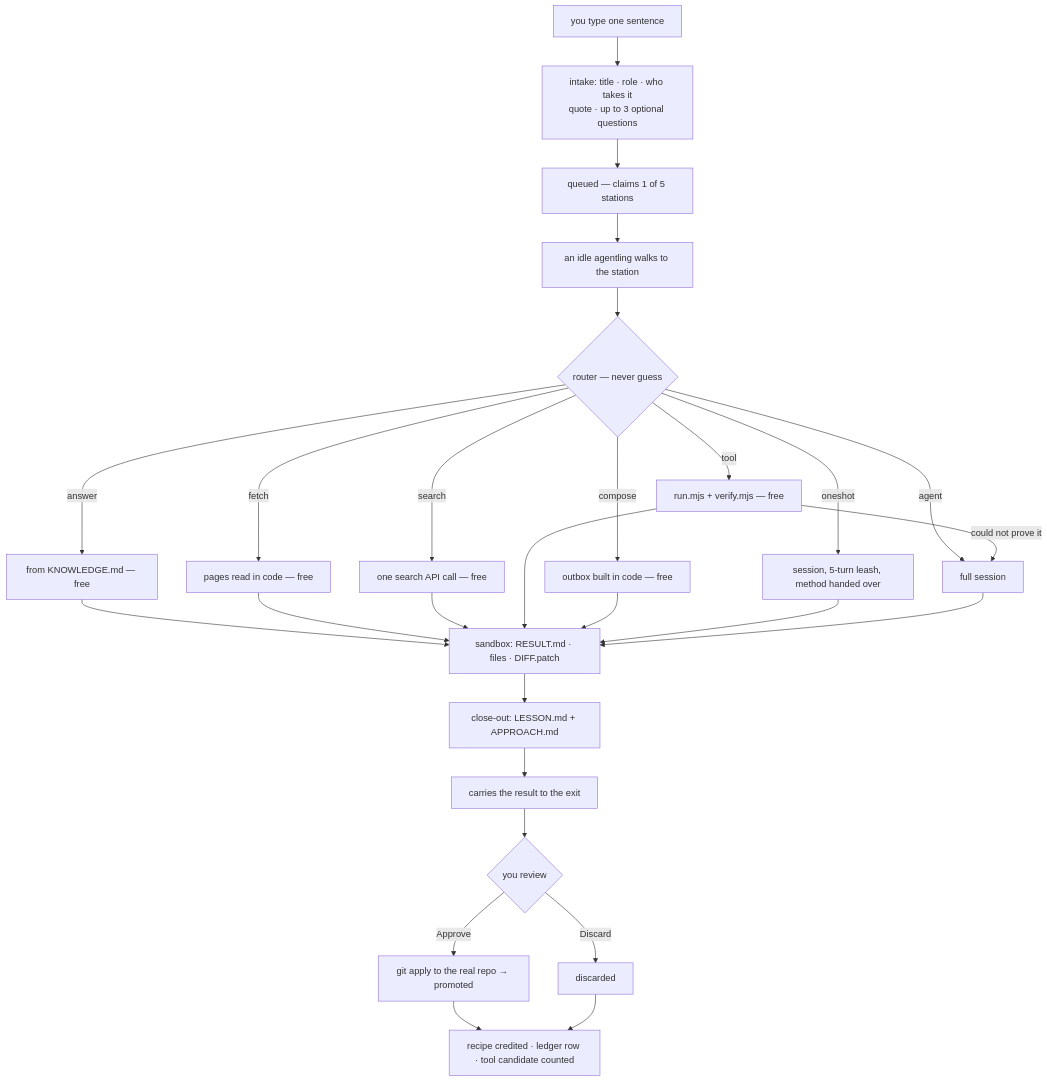
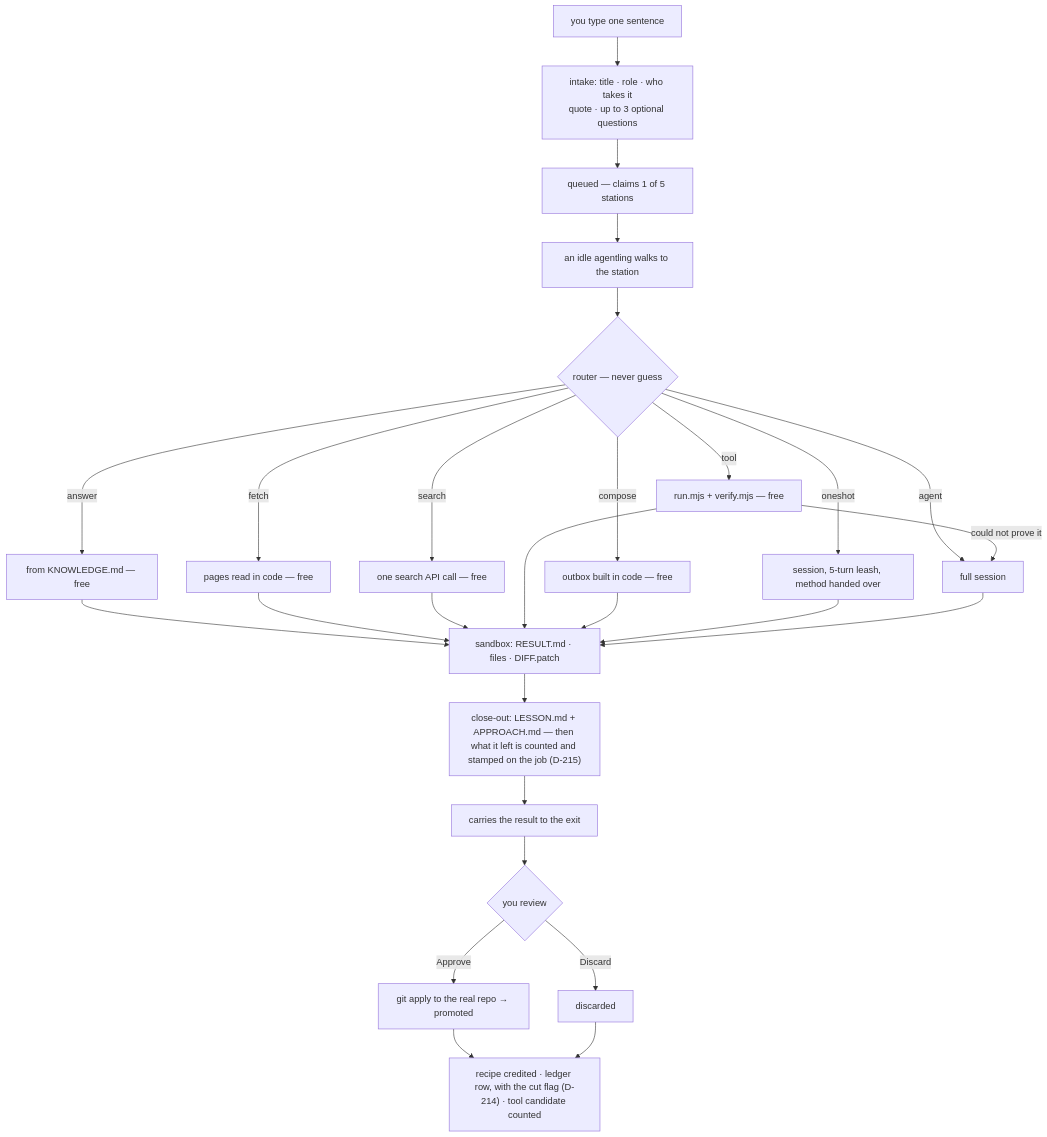
One commit to briant92/Agentlings changed the fourth of 5 diagrams in AGENTLING.md. Above: the diagram before and after it, drawn with Mermaid. The commit also changed other lines of this file and 2 other files, not shown here.

````diff
--- a/AGENTLING.md
+++ b/AGENTLING.md
@@ -1354,29 +1378,29 @@
 ```mermaid
 flowchart TD
   S["you type one sentence"] --> I["intake: title · role · who takes it<br/>quote · up to 3 optional questions"]
   I --> Q["queued — claims 1 of 5 stations"]
   Q --> W["an idle agentling walks to the station"]
   W --> R{"router — never guess"}
   R -->|"answer"| F1["from KNOWLEDGE.md — free"]
   R -->|"fetch"| F2["pages read in code — free"]
   R -->|"search"| F4["one search API call — free"]
   R -->|"tool"| F3["run.mjs + verify.mjs — free"]
   R -->|"compose"| F5["outbox built in code — free"]
   R -->|"oneshot"| SE["session, 5-turn leash, method handed over"]
   R -->|"agent"| SE2["full session"]
   F3 -->|"could not prove it"| SE2
   F1 --> D["sandbox: RESULT.md · files · DIFF.patch"]
   F2 --> D
   F4 --> D
   F3 --> D
   F5 --> D
   SE --> D
   SE2 --> D
-  D --> C["close-out: LESSON.md + APPROACH.md"]
+  D --> C["close-out: LESSON.md + APPROACH.md — then what it left is counted and stamped on the job (D-215)"]
   C --> X["carries the result to the exit"]
   X --> V{"you review"}
   V -->|"Approve"| P["git apply to the real repo → promoted"]
   V -->|"Discard"| DI["discarded"]
-  P --> LN["recipe credited · ledger row · tool candidate counted"]
+  P --> LN["recipe credited · ledger row, with the cut flag (D-214) · tool candidate counted"]
   DI --> LN
 ```
````
